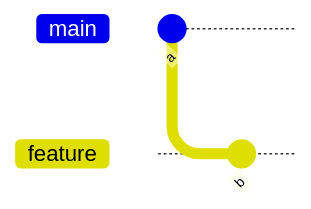
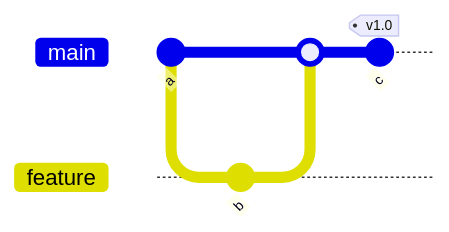
Before and after one commit to bsamiee/Rasm: diagram 16 of 21 in .claude/skills/mermaid-diagramming/references/syntax-extended.md, drawn with Mermaid. The commit also changed other lines of this file and 27 other files, not shown here.

````diff
--- a/.claude/skills/mermaid-diagramming/references/syntax-extended.md
+++ b/.claude/skills/mermaid-diagramming/references/syntax-extended.md
@@ -237,7 +347,10 @@
 ```mermaid
 gitGraph LR:
   commit id: "a"
   branch feature
   checkout feature
   commit id: "b"
+  checkout main
+  merge feature
+  commit id: "c" tag: "v1.0"
 ```
````
